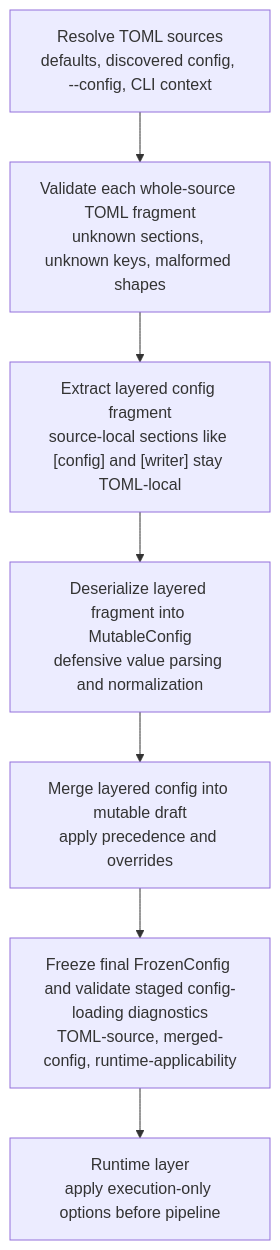
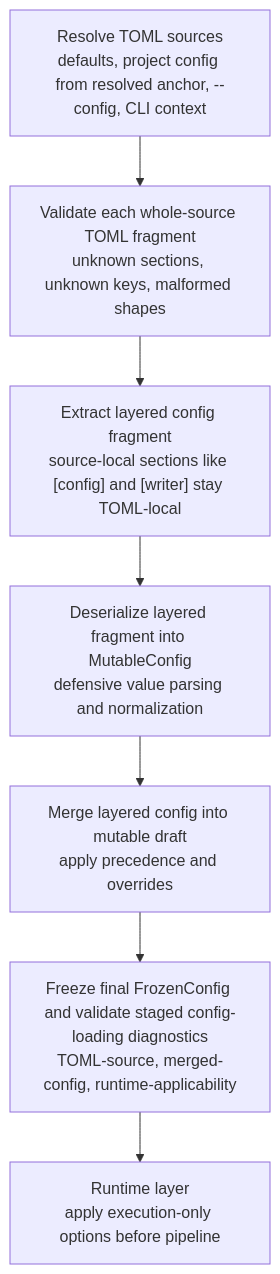
The diagram in docs/dev/architecture.md (shutterfreak/topmark), drawn with Mermaid before and after one commit. The commit also changed other lines of this file and 30 other files, not shown here.

First line of the commit message:
docs(config): document resolved discovery-anchor behavior (#113)

````diff
--- a/docs/dev/architecture.md
+++ b/docs/dev/architecture.md
@@ -55,12 +58,12 @@
 ```mermaid
 flowchart TD
-    A["Resolve TOML sources<br/>defaults, discovered config, --config, CLI context"]
+    A["Resolve TOML sources<br/>defaults, project config from resolved anchor, --config, CLI context"]
     B["Validate each whole-source TOML fragment<br/>unknown sections, unknown keys, malformed shapes"]
     C["Extract layered config fragment<br/>source-local sections like [config] and [writer] stay TOML-local"]
     D["Deserialize layered fragment into MutableConfig<br/>defensive value parsing and normalization"]
     E["Merge layered config into mutable draft<br/>apply precedence and overrides"]
     F["Freeze final FrozenConfig and validate staged config-loading diagnostics<br/>TOML-source, merged-config, runtime-applicability"]
     G["Runtime layer<br/>apply execution-only options before pipeline"]
 
     A --> B --> C --> D --> E --> F --> G
 ```
````
